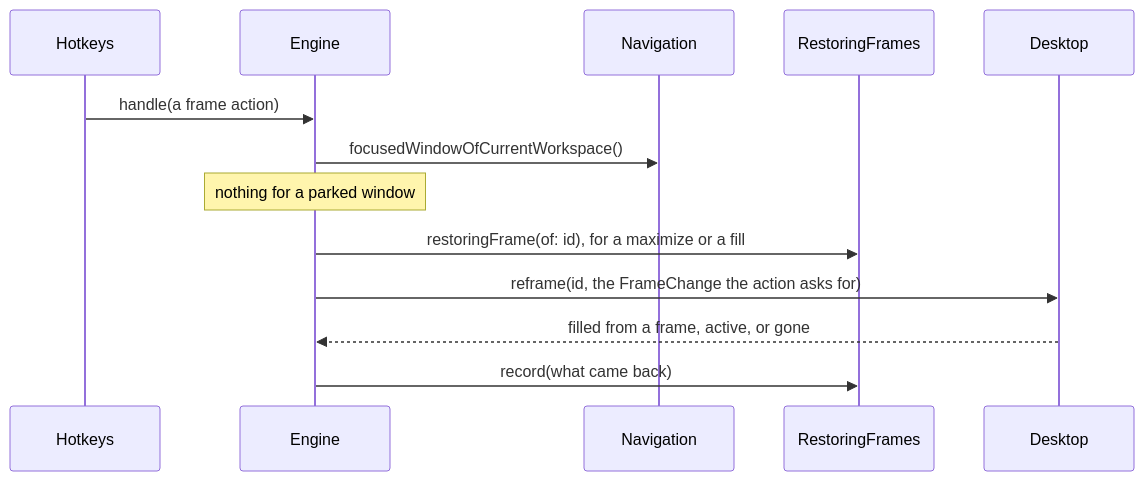
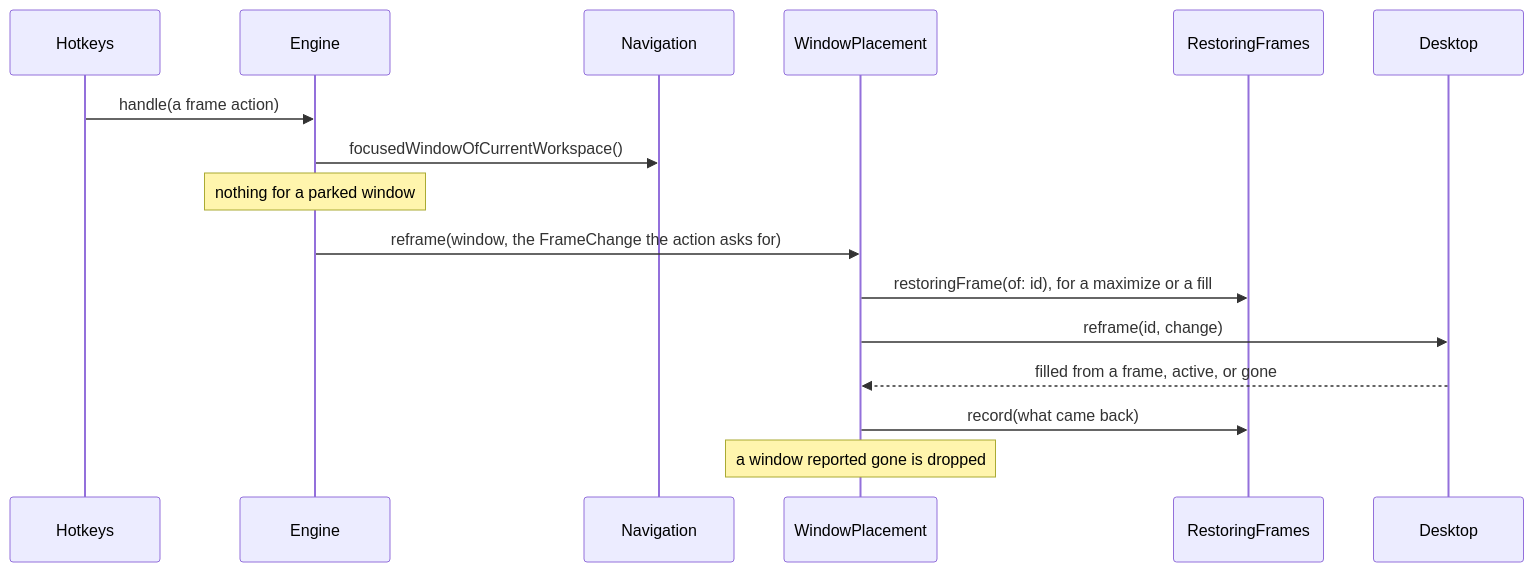
Diagram 11 of 19 in ARCHITECTURE.md (brennovich/ottowm), drawn with Mermaid before and after one commit. The commit also changed other lines of this file and 6 other files, not shown here.

First line of the commit message:
Write frame actions to the desktop through WindowPlacement

````diff
--- a/ARCHITECTURE.md
+++ b/ARCHITECTURE.md
@@ -285,10 +284,12 @@
 ```mermaid
 sequenceDiagram
     Hotkeys->>Engine: handle(a frame action)
     Engine->>Navigation: focusedWindowOfCurrentWorkspace()
     Note over Engine: nothing for a parked window
-    Engine->>RestoringFrames: restoringFrame(of: id), for a maximize or a fill
-    Engine->>Desktop: reframe(id, the FrameChange the action asks for)
-    Desktop-->>Engine: filled from a frame, active, or gone
-    Engine->>RestoringFrames: record(what came back)
+    Engine->>WindowPlacement: reframe(window, the FrameChange the action asks for)
+    WindowPlacement->>RestoringFrames: restoringFrame(of: id), for a maximize or a fill
+    WindowPlacement->>Desktop: reframe(id, change)
+    Desktop-->>WindowPlacement: filled from a frame, active, or gone
+    WindowPlacement->>RestoringFrames: record(what came back)
+    Note over WindowPlacement: a window reported gone is dropped
 ```
````
